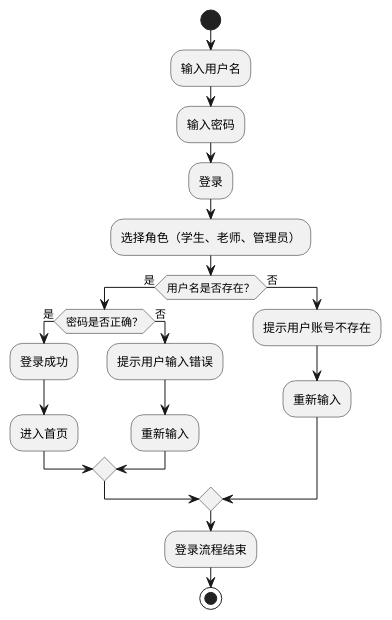
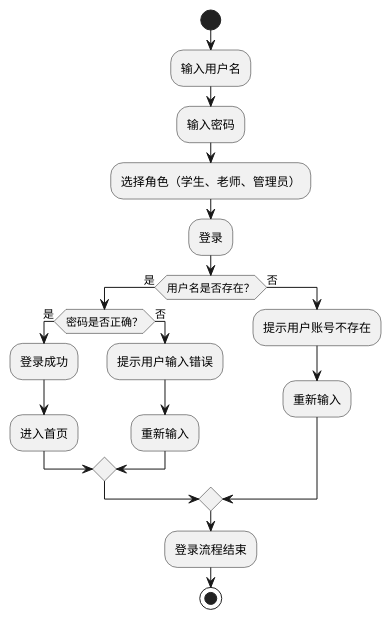
One commit to zqiheng/is_analysis changed the diagram in test6/流程图/登录.puml. Above: the diagram before and after it, drawn with PlantUML. The commit also changed other lines of this file and 27 other files, not shown here.

```diff
--- a/test6/流程图/登录.puml
+++ b/test6/流程图/登录.puml
@@ -1,21 +1,21 @@
 @startuml
 start
 :输入用户名;
 :输入密码;
+:选择角色（学生、老师、管理员）;
 :登录;
-:选择角色（学生、老师、管理员）;
 if(用户名是否存在？) then(是)
     if(密码是否正确？) then(是)
         :登录成功;
         :进入首页;
      else(否)
         :提示用户输入错误;
         :重新输入;
      endif;
 else(否)
     :提示用户账号不存在;
     :重新输入;
 endif;
 :登录流程结束;
 stop;
 @enduml
```
